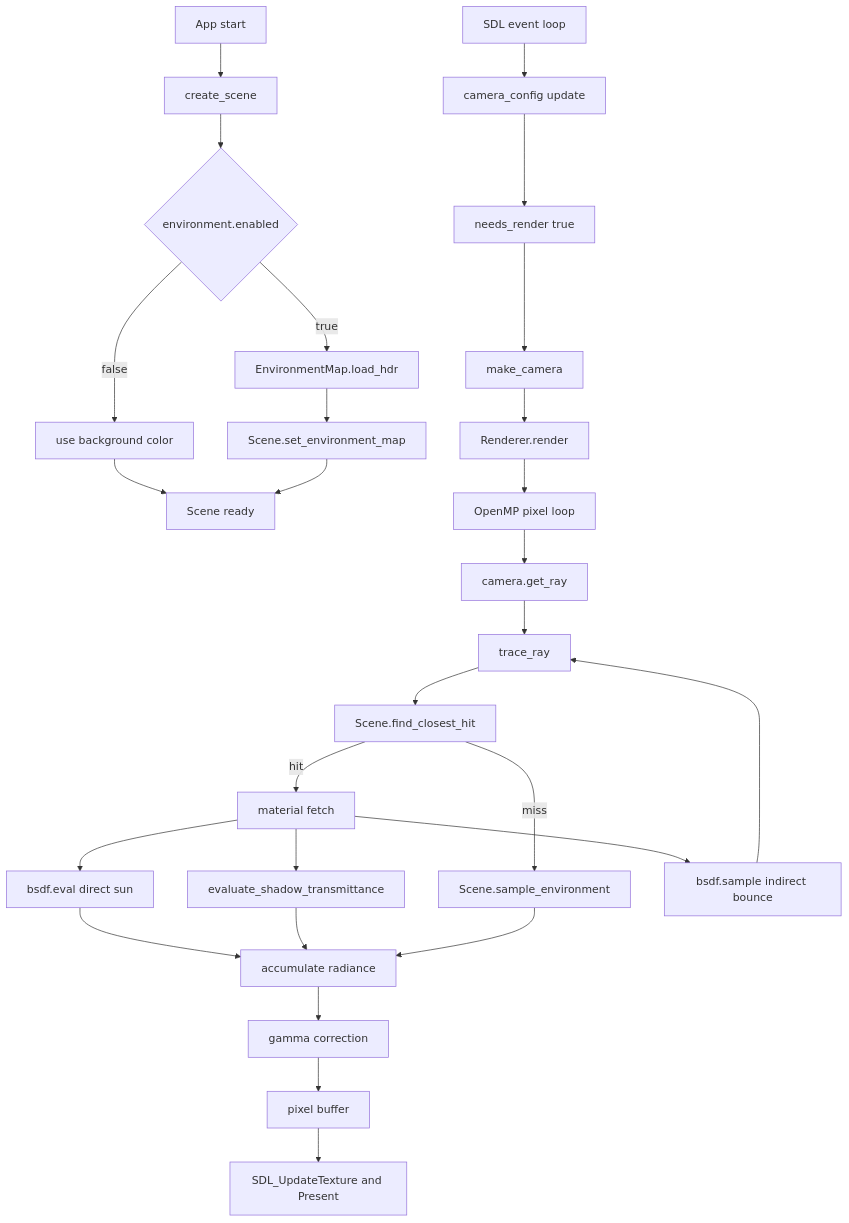
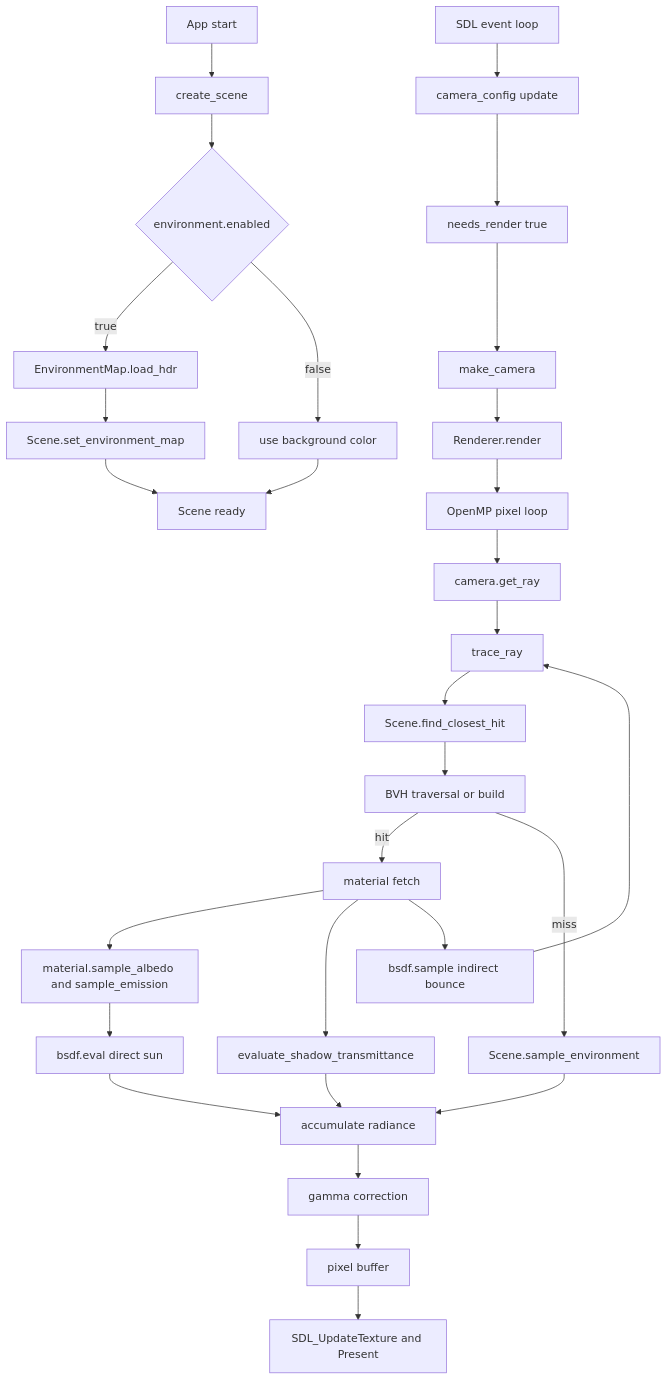
Before and after one commit to koretty/RayTracingEngine: the diagram in docs/data_flow.md, drawn with Mermaid. The commit also changed other lines of this file and 4 other files, not shown here.

````diff
--- a/docs/data_flow.md
+++ b/docs/data_flow.md
@@ -20,35 +22,37 @@
 ```mermaid
 graph TD
         A[App start] --> B[create_scene]
         B --> C{environment.enabled}
         C -->|true| D[EnvironmentMap.load_hdr]
         C -->|false| E[use background color]
         D --> F[Scene.set_environment_map]
         E --> G[Scene ready]
         F --> G
 
         H[SDL event loop] --> I[camera_config update]
         I --> J[needs_render true]
         J --> K[make_camera]
         K --> L[Renderer.render]
 
         L --> M[OpenMP pixel loop]
         M --> N[camera.get_ray]
         N --> O[trace_ray]
 
         O --> P[Scene.find_closest_hit]
-        P -->|hit| Q[material fetch]
-        P -->|miss| R[Scene.sample_environment]
+        P --> P2[BVH traversal or build]
+        P2 -->|hit| Q[material fetch]
+        P2 -->|miss| R[Scene.sample_environment]
 
-        Q --> S[bsdf.eval direct sun]
+        Q --> Q2[material.sample_albedo and sample_emission]
+        Q2 --> S[bsdf.eval direct sun]
         Q --> T[evaluate_shadow_transmittance]
         Q --> U[bsdf.sample indirect bounce]
         U --> O
 
         S --> V[accumulate radiance]
         T --> V
         R --> V
         V --> W[gamma correction]
         W --> X[pixel buffer]
         X --> Y[SDL_UpdateTexture and Present]
 ```
````
